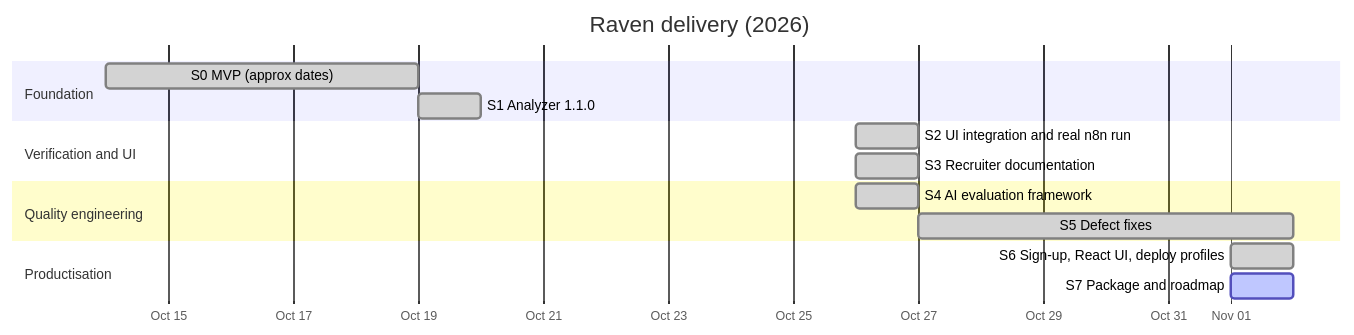
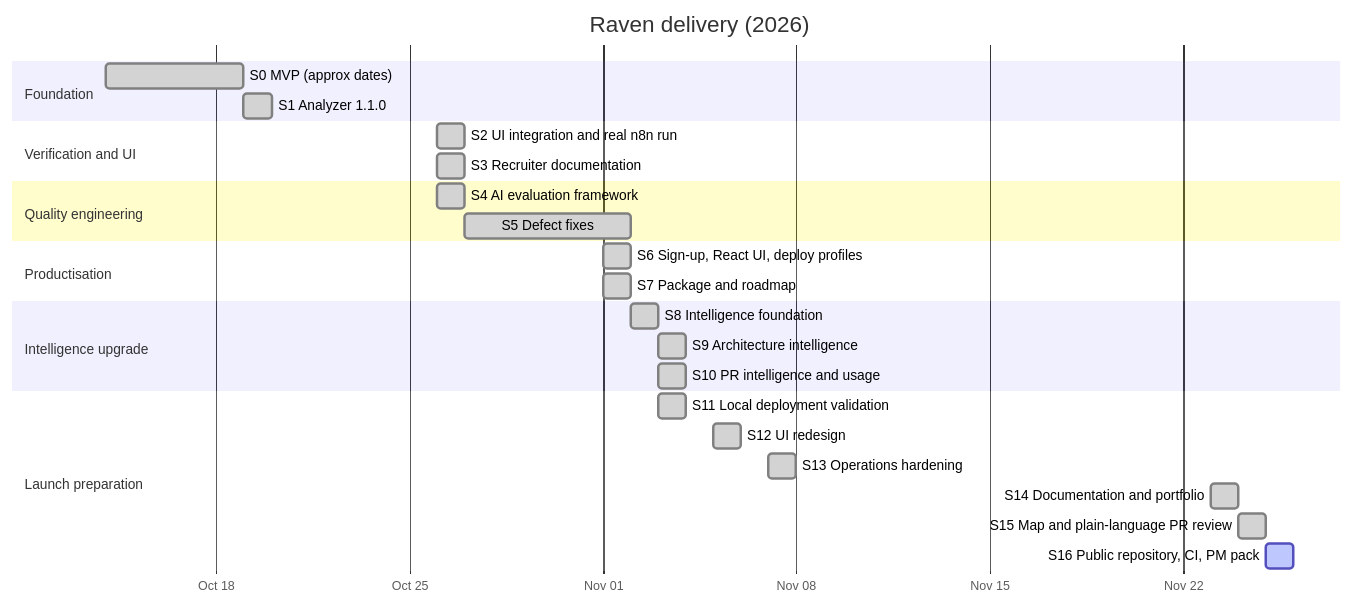
One commit to shreyajoshi144/raven changed the first of 3 diagrams in docs/sprints/SPRINTS.md. Above: the diagram before and after it, drawn with Mermaid. The commit also changed other lines of this file and 34 other files, not shown here.

First line of the commit message:
Add project-management pack and reconcile all documentation

````diff
--- a/docs/sprints/SPRINTS.md
+++ b/docs/sprints/SPRINTS.md
@@ -7,18 +7,29 @@
 ```mermaid
 gantt
   title Raven delivery (2026)
   dateFormat YYYY-MM-DD
   axisFormat %b %d
   section Foundation
   S0 MVP (approx dates)                :done, s0, 2026-10-14, 5d
   S1 Analyzer 1.1.0                    :done, s1, 2026-10-19, 1d
   section Verification and UI
   S2 UI integration and real n8n run   :done, s2, 2026-10-26, 1d
   S3 Recruiter documentation           :done, s3, 2026-10-26, 1d
   section Quality engineering
   S4 AI evaluation framework           :done, s4, 2026-10-26, 1d
   S5 Defect fixes                      :done, s5, 2026-10-27, 6d
   section Productisation
   S6 Sign-up, React UI, deploy profiles :done, s6, 2026-11-01, 1d
-  S7 Package and roadmap               :active, s7, 2026-11-01, 1d
+  S7 Package and roadmap               :done, s7, 2026-11-01, 1d
+  section Intelligence upgrade
+  S8 Intelligence foundation           :done, s8, 2026-11-02, 1d
+  S9 Architecture intelligence         :done, s9, 2026-11-03, 1d
+  S10 PR intelligence and usage        :done, s10, 2026-11-03, 1d
+  section Launch preparation
+  S11 Local deployment validation      :done, s11, 2026-11-03, 1d
+  S12 UI redesign                      :done, s12, 2026-11-05, 1d
+  S13 Operations hardening             :done, s13, 2026-11-07, 1d
+  S14 Documentation and portfolio      :done, s14, 2026-11-23, 1d
+  S15 Map and plain-language PR review :done, s15, 2026-11-24, 1d
+  S16 Public repository, CI, PM pack   :active, s16, 2026-11-25, 1d
 ```
````
